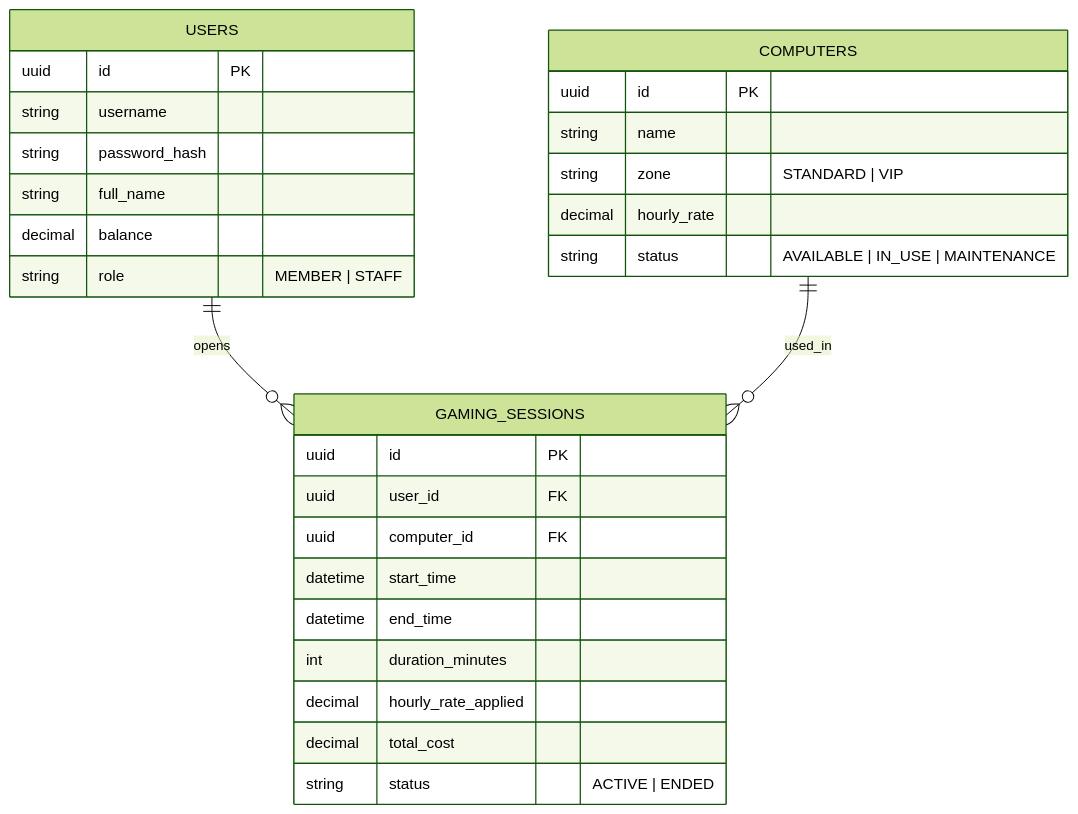
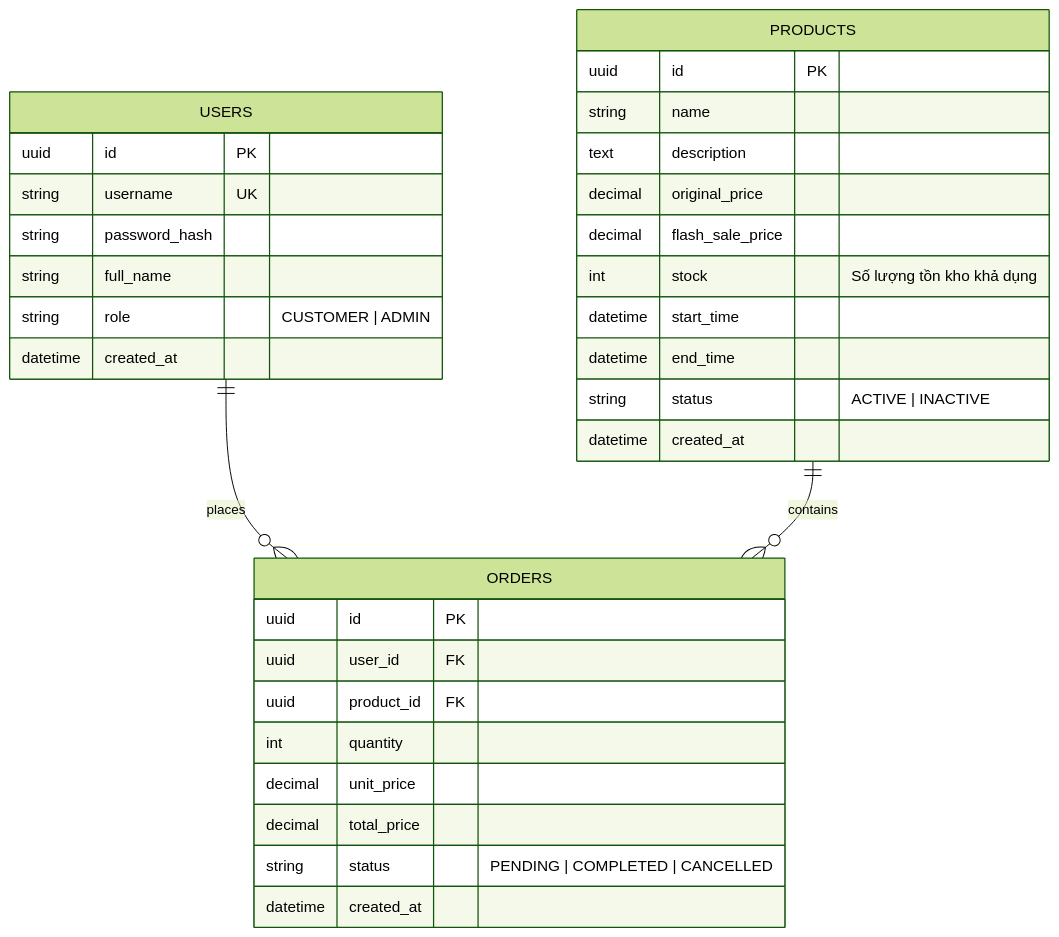
Before and after one commit to trandangduat/KTPM-TEAM-14: the second of 2 diagrams in README.md, drawn with Mermaid (forest theme). The commit also changed other lines of this file, not shown here.

````diff
--- a/README.md
+++ b/README.md
@@ -36,34 +39,38 @@
 ```mermaid
 erDiagram
-    USERS ||--o{ GAMING_SESSIONS : "opens"
-    COMPUTERS ||--o{ GAMING_SESSIONS : "used_in"
+    USERS ||--o{ ORDERS : "places"
+    PRODUCTS ||--o{ ORDERS : "contains"
 
     USERS {
         uuid id PK
-        string username
+        string username UK
         string password_hash
         string full_name
-        decimal balance
-        string role "MEMBER | STAFF"
+        string role "CUSTOMER | ADMIN"
+        datetime created_at
     }
 
-    COMPUTERS {
+    PRODUCTS {
         uuid id PK
         string name
-        string zone "STANDARD | VIP"
-        decimal hourly_rate
-        string status "AVAILABLE | IN_USE | MAINTENANCE"
+        text description
+        decimal original_price
+        decimal flash_sale_price
+        int stock "Số lượng tồn kho khả dụng"
+        datetime start_time
+        datetime end_time
+        string status "ACTIVE | INACTIVE"
+        datetime created_at
     }
 
-    GAMING_SESSIONS {
+    ORDERS {
         uuid id PK
         uuid user_id FK
-        uuid computer_id FK
-        datetime start_time
-        datetime end_time
-        int duration_minutes
-        decimal hourly_rate_applied
-        decimal total_cost
-        string status "ACTIVE | ENDED"
+        uuid product_id FK
+        int quantity
+        decimal unit_price
+        decimal total_price
+        string status "PENDING | COMPLETED | CANCELLED"
+        datetime created_at
     }
 ```
````
